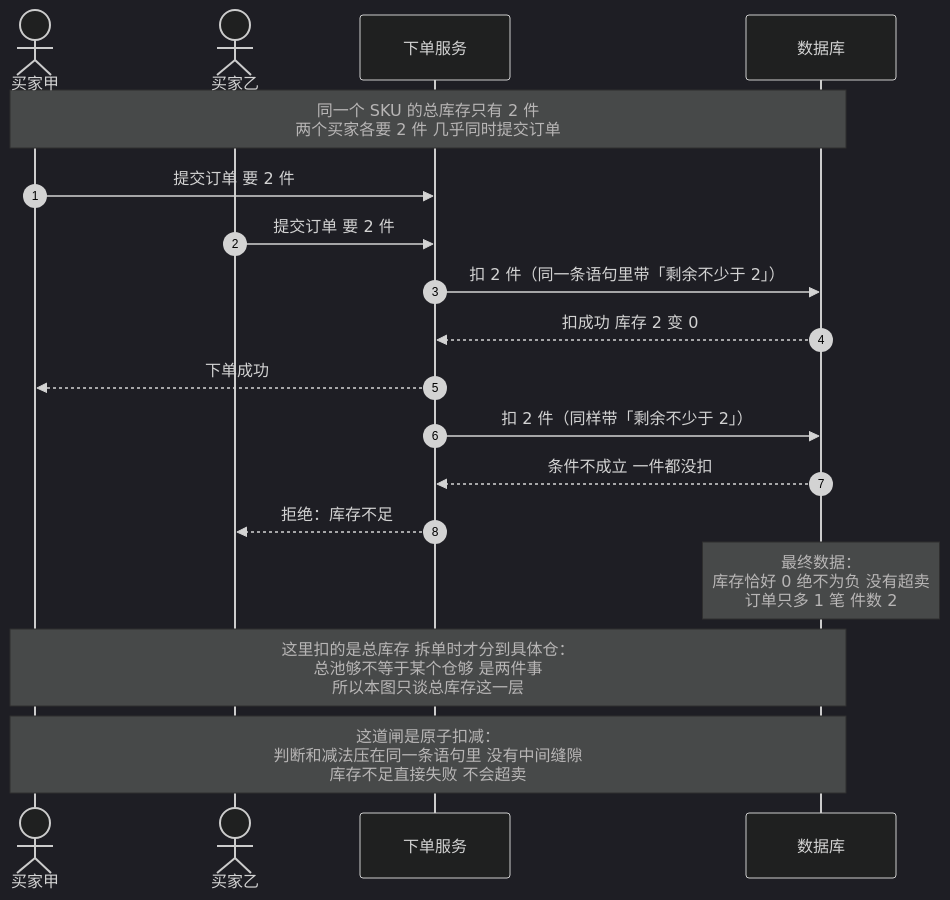
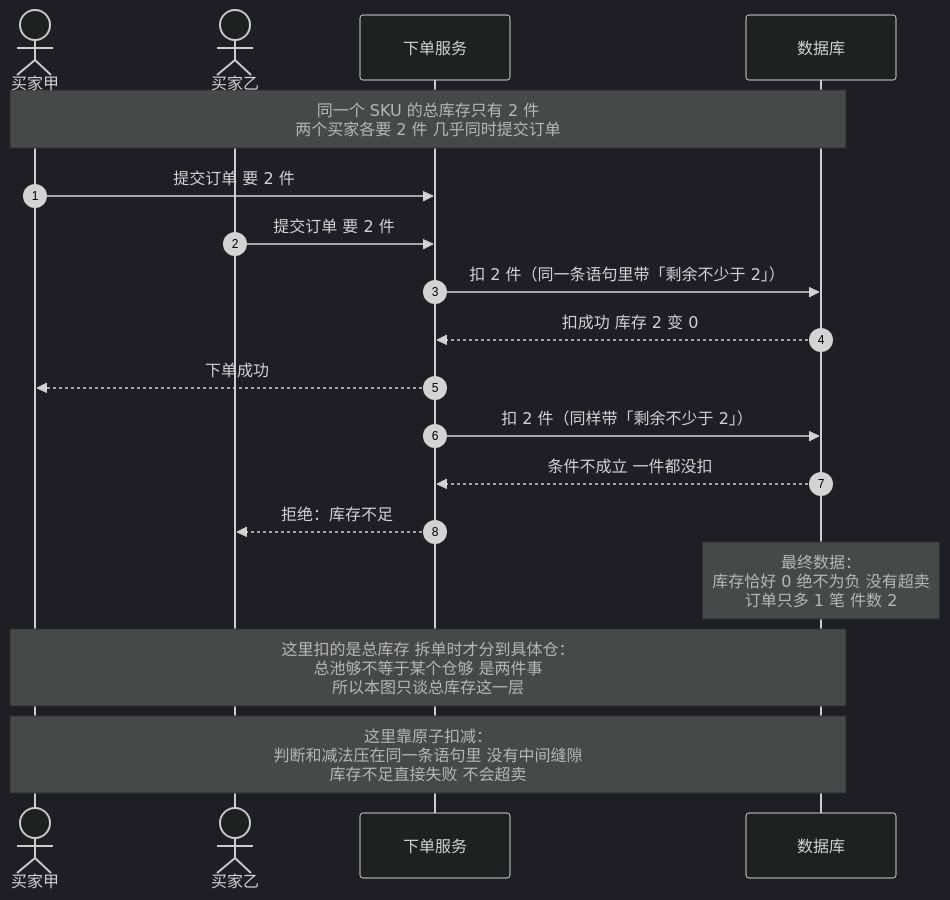
The diagram in docs/flows/02-业务场景/库存/条件更新/1-库存抢购图.mmd (zzy-repo/qiqi-mall), drawn with Mermaid (dark theme) before and after one commit. The commit also changed 231 other files, not shown here.

```diff
--- a/docs/flows/02-业务场景/库存/条件更新/1-库存抢购图.mmd
+++ b/docs/flows/02-业务场景/库存/条件更新/1-库存抢购图.mmd
@@ -1,23 +1,23 @@
 sequenceDiagram
     autonumber
     actor 甲 as 买家甲
     actor 乙 as 买家乙
     participant 下单 as 下单服务
     participant 库 as 数据库
 
     Note over 甲,库: 同一个 SKU 的总库存只有 2 件<br/>两个买家各要 2 件 几乎同时提交订单
 
     甲->>下单: 提交订单 要 2 件
     乙->>下单: 提交订单 要 2 件
 
     下单->>库: 扣 2 件（同一条语句里带「剩余不少于 2」）
     库-->>下单: 扣成功 库存 2 变 0
     下单-->>甲: 下单成功
 
     下单->>库: 扣 2 件（同样带「剩余不少于 2」）
     库-->>下单: 条件不成立 一件都没扣
     下单-->>乙: 拒绝：库存不足
 
     Note over 库: 最终数据：<br/>库存恰好 0 绝不为负 没有超卖<br/>订单只多 1 笔 件数 2
     Note over 甲,库: 这里扣的是总库存 拆单时才分到具体仓：<br/>总池够不等于某个仓够 是两件事<br/>所以本图只谈总库存这一层
-    Note over 甲,库: 这道闸是原子扣减：<br/>判断和减法压在同一条语句里 没有中间缝隙<br/>库存不足直接失败 不会超卖
+    Note over 甲,库: 这里靠原子扣减：<br/>判断和减法压在同一条语句里 没有中间缝隙<br/>库存不足直接失败 不会超卖
```
